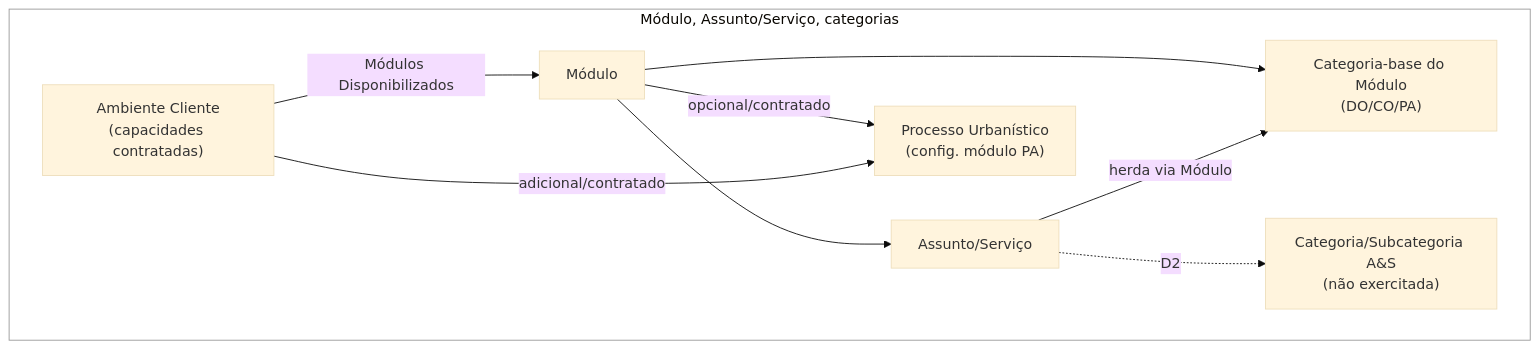
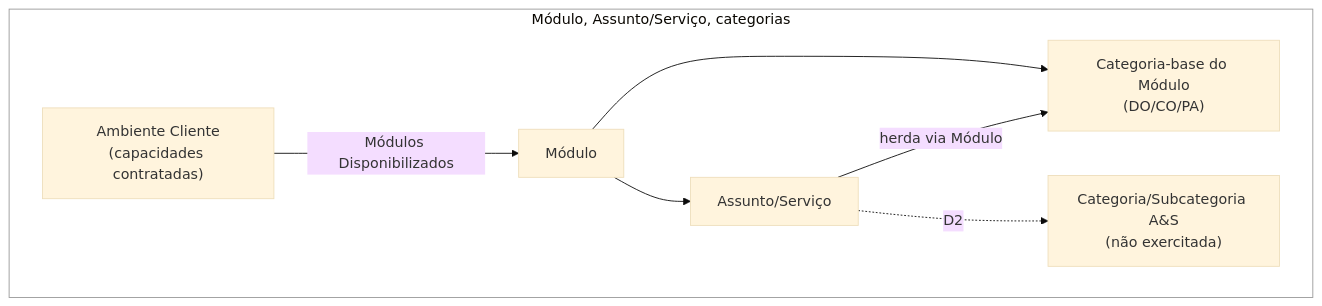
One commit to RafaCartaxo/brainwork changed the second of 6 diagrams in QA Workspace/02 Demandas/DEV/SGV-11262 - [QA-Automação] Termo de Referência SOGOV/SGV-12082 - Mapeamento de atores e modelo do preset do TR/01 Modelo do preset/04 - Modelo-alvo dos dados do preset.md. Above: the diagram before and after it, drawn with Mermaid (base theme). The commit also changed other lines of this file, not shown here.

````diff
--- a/QA Workspace/02 Demandas/DEV/SGV-11262 - [QA-Automação] Termo de Referência SOGOV/SGV-12082 - Mapeamento de atores e modelo do preset do TR/01 Modelo do preset/04 - Modelo-alvo dos dados do preset.md
+++ b/QA Workspace/02 Demandas/DEV/SGV-11262 - [QA-Automação] Termo de Referência SOGOV/SGV-12082 - Mapeamento de atores e modelo do preset do TR/01 Modelo do preset/04 - Modelo-alvo dos dados do preset.md
@@ -72,21 +72,18 @@
 ```mermaid
 flowchart TB
     subgraph C2["Módulo, Assunto/Serviço, categorias"]
         Modulo["Módulo"]
         AssuntoServico["Assunto/Serviço"]
         CategoriaModulo["Categoria-base do Módulo<br/>(DO/CO/PA)"]
         CategoriaAS["Categoria/Subcategoria A&S<br/>(não exercitada)"]
-        ProcessoUrb["Processo Urbanístico<br/>(config. módulo PA)"]
         AmbienteCliente["Ambiente Cliente<br/>(capacidades contratadas)"]
     end
 
     Modulo --> AssuntoServico
     Modulo --> CategoriaModulo
     AssuntoServico -->|"herda via Módulo"| CategoriaModulo
     AssuntoServico -.->|"D2"| CategoriaAS
-    Modulo -->|"opcional/contratado"| ProcessoUrb
     AmbienteCliente -->|"Módulos Disponibilizados"| Modulo
-    AmbienteCliente -->|"adicional/contratado"| ProcessoUrb
 
     style C2 fill:none,stroke:#999999,stroke-width:1px
 ```
````
